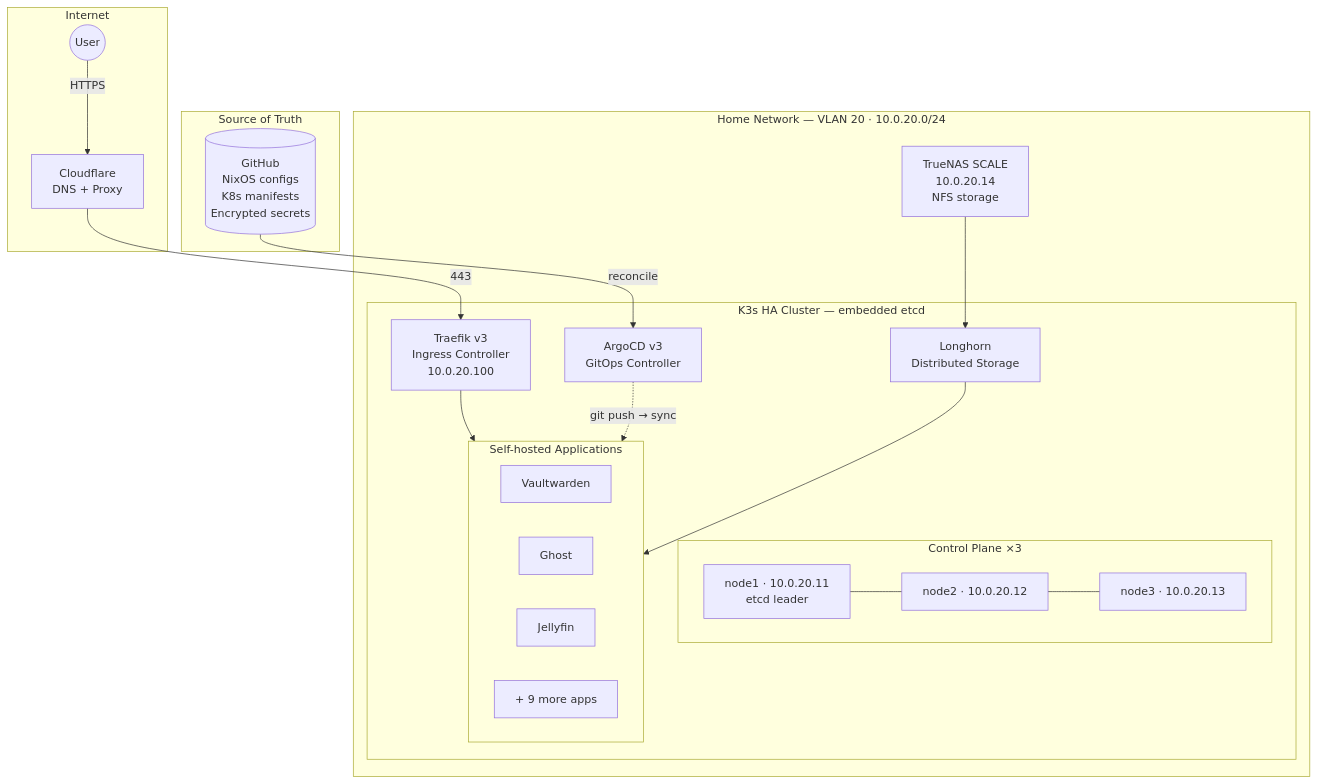
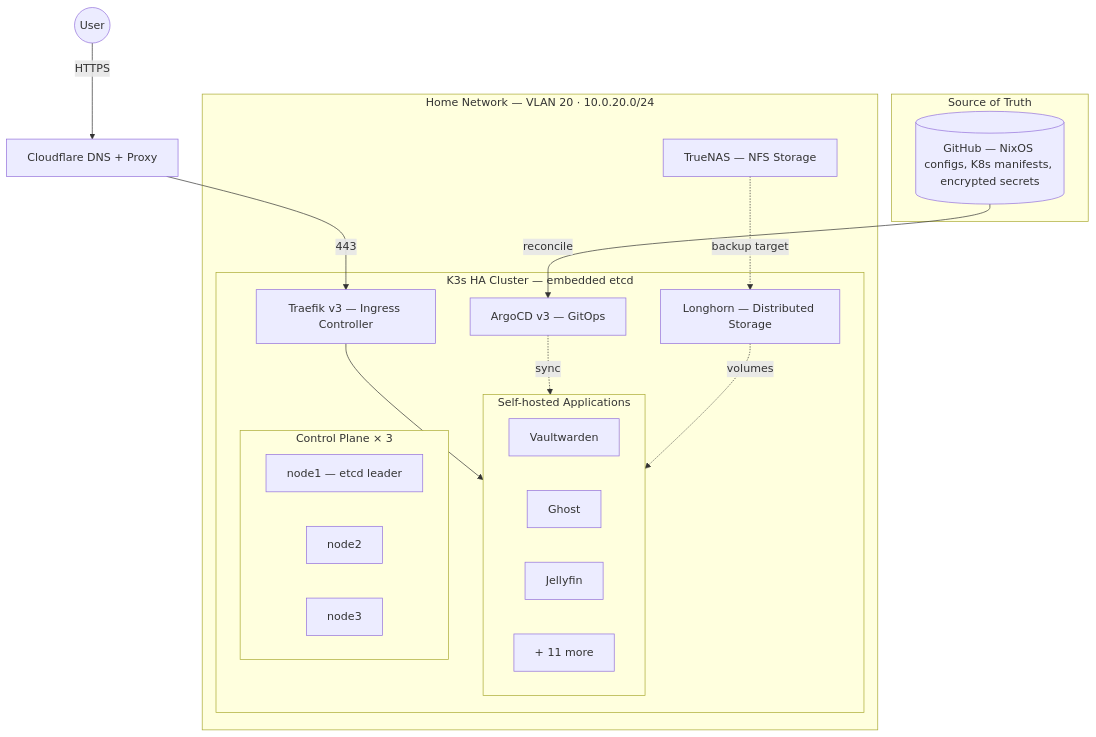
Before and after one commit to Yasuke2000/Homelab: the diagram in docs/index.md, drawn with Mermaid.

Commit message:
docs: redesign architecture diagram for cleaner layout
Simplify Mermaid graph to fix disconnected nodes and messy rendering.
Flatten subgraph nesting, use consistent top-down flow, remove IPs
from diagram nodes (details are in the text).

````diff
--- a/docs/index.md
+++ b/docs/index.md
@@ -14,42 +14,40 @@
 ```mermaid
-graph TB
-    subgraph Internet["Internet"]
-        User((User)) -->|HTTPS| CF["Cloudflare\nDNS + Proxy"]
-    end
+graph TD
+    User((User)) -->|HTTPS| CF[Cloudflare DNS + Proxy]
+    CF -->|443| Traefik
 
-    subgraph Home["Home Network — VLAN 20  ·  10.0.20.0/24"]
-        CF -->|443| Traefik["Traefik v3\nIngress Controller\n10.0.20.100"]
-
-        subgraph Cluster["K3s HA Cluster — embedded etcd"]
-            Traefik --> Apps
-
-            subgraph CP["Control Plane  ×3"]
-                N1["node1  ·  10.0.20.11\netcd leader"]
-                N2["node2  ·  10.0.20.12"]
-                N3["node3  ·  10.0.20.13"]
-                N1 --- N2
-                N2 --- N3
-            end
-
-            subgraph Apps["Self-hosted Applications"]
-                direction LR
-                Vault["Vaultwarden"]
-                Ghost["Ghost"]
-                Jelly["Jellyfin"]
-                More["+ 9 more apps"]
-            end
-
-            ArgoCD["ArgoCD v3\nGitOps Controller"] -.->|"git push → sync"| Apps
-            Longhorn["Longhorn\nDistributed Storage"] --> Apps
-        end
-
-        NAS["TrueNAS SCALE\n10.0.20.14\nNFS storage"]
-        NAS --> Longhorn
-    end
-
-    subgraph Git["Source of Truth"]
-        Repo[("GitHub\nNixOS configs\nK8s manifests\nEncrypted secrets")]
+    subgraph Git[Source of Truth]
+        Repo[(GitHub — NixOS configs, K8s manifests, encrypted secrets)]
     end
 
     Repo -->|reconcile| ArgoCD
+
+    subgraph Home[Home Network — VLAN 20 · 10.0.20.0/24]
+        subgraph Cluster[K3s HA Cluster — embedded etcd]
+            Traefik[Traefik v3 — Ingress Controller]
+            ArgoCD[ArgoCD v3 — GitOps]
+            Longhorn[Longhorn — Distributed Storage]
+
+            Traefik --> Apps
+            ArgoCD -.->|sync| Apps
+            Longhorn -.->|volumes| Apps
+
+            subgraph Apps[Self-hosted Applications]
+                direction LR
+                Vault[Vaultwarden]
+                Ghost[Ghost]
+                Jelly[Jellyfin]
+                More[+ 11 more]
+            end
+
+            subgraph CP[Control Plane × 3]
+                direction LR
+                N1[node1 — etcd leader]
+                N2[node2]
+                N3[node3]
+            end
+        end
+
+        NAS[TrueNAS — NFS Storage] -.->|backup target| Longhorn
+    end
 ```
````
